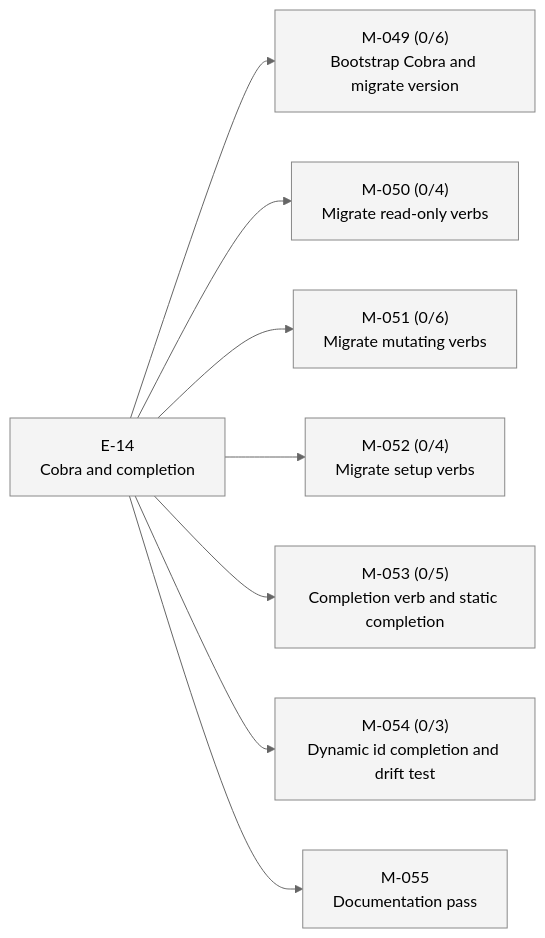
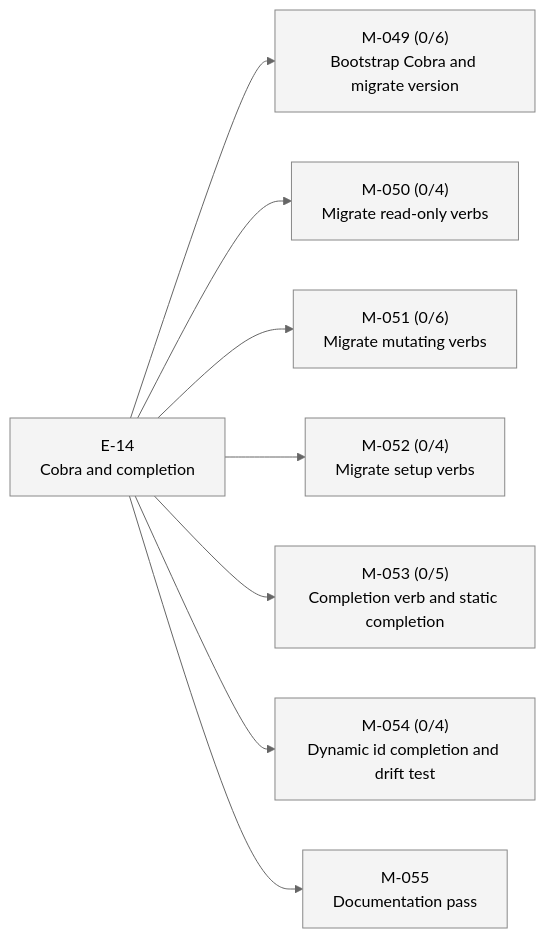
One commit to 23min/aiwf changed the second of 2 diagrams in STATUS.md. Above: the diagram before and after it, drawn with Mermaid (neutral theme). The commit also changed other lines of this file and 1 other file, not shown here.

First line of the commit message:
aiwf add ac M-054/AC-4 "Test covers static-completion and dynamic-completion required cases"

````diff
--- a/STATUS.md
+++ b/STATUS.md
@@ -38,24 +38,24 @@
 ```mermaid
 flowchart LR
   E_14["E-14<br/>Cobra and completion"]:::epic_proposed
   M_049["M-049 (0/6)<br/>Bootstrap Cobra and migrate version"]:::ms_draft
   E_14 --> M_049
   M_050["M-050 (0/4)<br/>Migrate read-only verbs"]:::ms_draft
   E_14 --> M_050
   M_051["M-051 (0/6)<br/>Migrate mutating verbs"]:::ms_draft
   E_14 --> M_051
   M_052["M-052 (0/4)<br/>Migrate setup verbs"]:::ms_draft
   E_14 --> M_052
   M_053["M-053 (0/5)<br/>Completion verb and static completion"]:::ms_draft
   E_14 --> M_053
-  M_054["M-054 (0/3)<br/>Dynamic id completion and drift test"]:::ms_draft
+  M_054["M-054 (0/4)<br/>Dynamic id completion and drift test"]:::ms_draft
   E_14 --> M_054
   M_055["M-055<br/>Documentation pass"]:::ms_draft
   E_14 --> M_055
   classDef epic_active fill:#d6eaff,stroke:#1a73e8,color:#000
   classDef epic_proposed fill:#f4f4f4,stroke:#888,color:#000
   classDef ms_done fill:#d8f5d8,stroke:#2a8a2a,color:#000
   classDef ms_in_progress fill:#fff3c4,stroke:#caa400,color:#000
   classDef ms_draft fill:#f4f4f4,stroke:#888,color:#000
   classDef ms_cancelled fill:#fbeaea,stroke:#c33,color:#000
 ```
````
